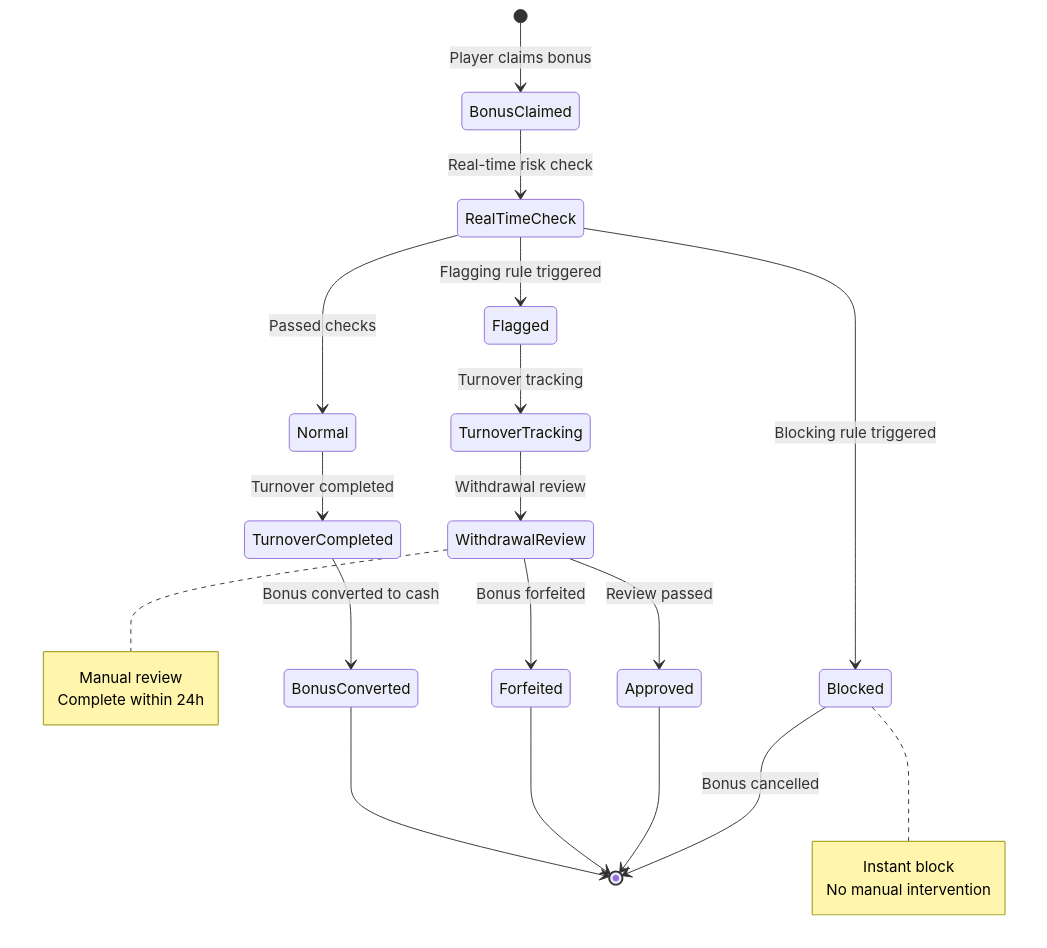
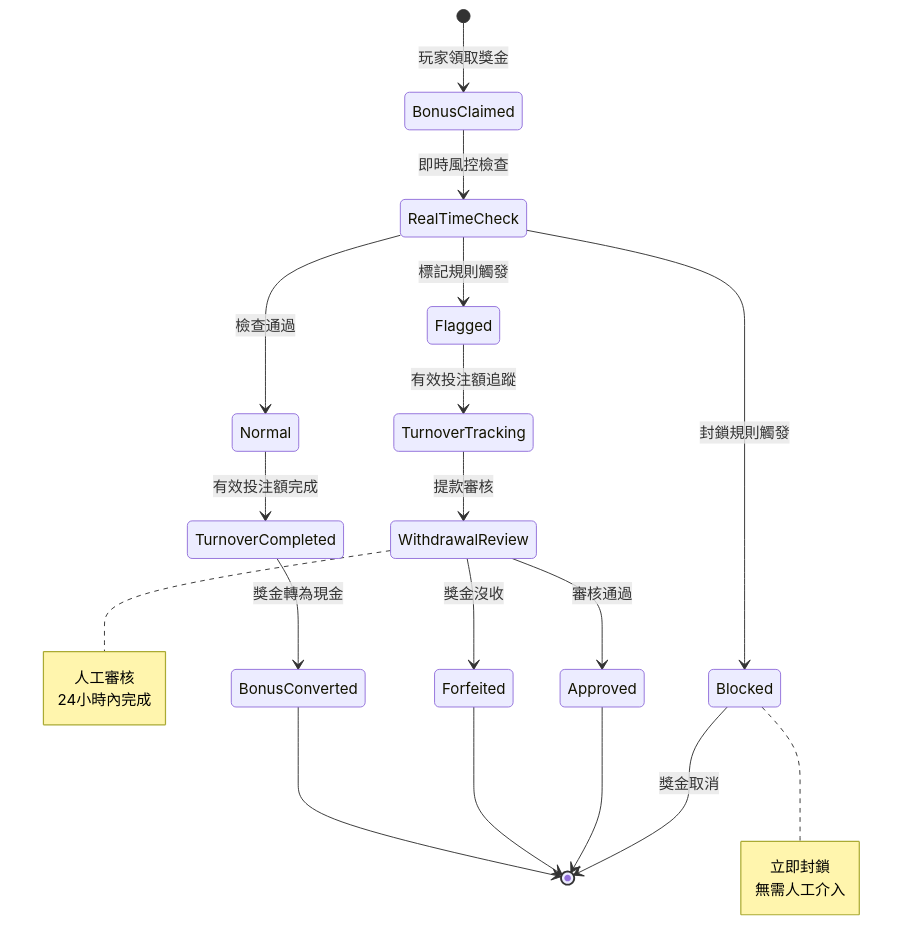
One commit to ron03wlb/smart-admin changed the second of 3 diagrams in docs/iGaming/architecture/04_Activity_Engine/Activity_Risk_System.md. Above: the diagram before and after it, drawn with Mermaid. The commit also changed other lines of this file and 4 other files, not shown here.

````diff
--- a/docs/iGaming/architecture/04_Activity_Engine/Activity_Risk_System.md
+++ b/docs/iGaming/architecture/04_Activity_Engine/Activity_Risk_System.md
@@ -315,33 +315,33 @@
 ```mermaid
 stateDiagram-v2
-    [*] --> BonusClaimed: Player claims bonus
+    [*] --> BonusClaimed: 玩家領取獎金
 
-    BonusClaimed --> RealTimeCheck: Real-time risk check
-    RealTimeCheck --> Blocked: Blocking rule triggered
-    RealTimeCheck --> Flagged: Flagging rule triggered
-    RealTimeCheck --> Normal: Passed checks
+    BonusClaimed --> RealTimeCheck: 即時風控檢查
+    RealTimeCheck --> Blocked: 封鎖規則觸發
+    RealTimeCheck --> Flagged: 標記規則觸發
+    RealTimeCheck --> Normal: 檢查通過
 
-    Blocked --> [*]: Bonus cancelled
+    Blocked --> [*]: 獎金取消
 
-    Flagged --> TurnoverTracking: Turnover tracking
-    TurnoverTracking --> WithdrawalReview: Withdrawal review
-    WithdrawalReview --> Approved: Review passed
-    WithdrawalReview --> Forfeited: Bonus forfeited
+    Flagged --> TurnoverTracking: 有效投注額追蹤
+    TurnoverTracking --> WithdrawalReview: 提款審核
+    WithdrawalReview --> Approved: 審核通過
+    WithdrawalReview --> Forfeited: 獎金沒收
 
-    Normal --> TurnoverCompleted: Turnover completed
-    TurnoverCompleted --> BonusConverted: Bonus converted to cash
+    Normal --> TurnoverCompleted: 有效投注額完成
+    TurnoverCompleted --> BonusConverted: 獎金轉為現金
 
     Approved --> [*]
     Forfeited --> [*]
     BonusConverted --> [*]
 
     note right of Blocked
-        Instant block
-        No manual intervention
+        立即封鎖
+        無需人工介入
     end note
 
     note right of WithdrawalReview
-        Manual review
-        Complete within 24h
+        人工審核
+        24小時內完成
     end note
 ```
````
